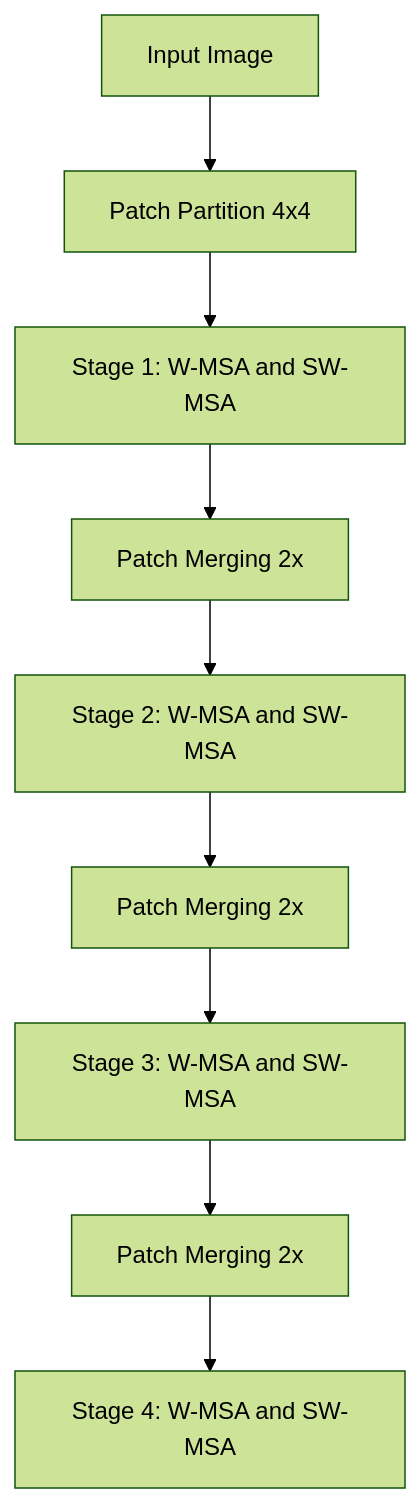
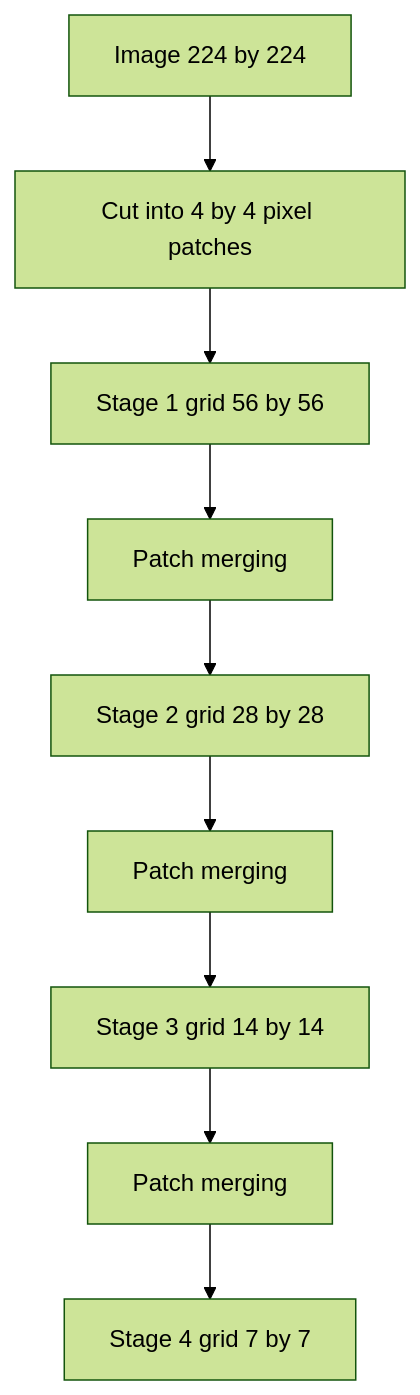
One commit to Tarunsai08/PaperStack changed the diagram in content/papers/swin-transformer-hierarchical-vision-transformer-using-shift.md. Above: the diagram before and after it, drawn with Mermaid (forest theme). The commit also changed other lines of this file and 14 other files, not shown here.

````diff
--- a/content/papers/swin-transformer-hierarchical-vision-transformer-using-shift.md
+++ b/content/papers/swin-transformer-hierarchical-vision-transformer-using-shift.md
@@ -132,11 +85,11 @@
 ```mermaid
 flowchart TD
-    Img[Input Image] --> PatchPart[Patch Partition 4x4]
-    PatchPart --> Stage1[Stage 1: W-MSA and SW-MSA]
-    Stage1 --> Merge1[Patch Merging 2x]
-    Merge1 --> Stage2[Stage 2: W-MSA and SW-MSA]
-    Merge2[Patch Merging 2x] --> Stage3[Stage 3: W-MSA and SW-MSA]
-    Stage2 --> Merge2
-    Stage3 --> Merge3[Patch Merging 2x]
-    Merge3 --> Stage4[Stage 4: W-MSA and SW-MSA]
+  A[Image 224 by 224] --> B[Cut into 4 by 4 pixel patches]
+  B --> C[Stage 1 grid 56 by 56]
+  C --> D[Patch merging]
+  D --> E[Stage 2 grid 28 by 28]
+  E --> F[Patch merging]
+  F --> G[Stage 3 grid 14 by 14]
+  G --> H[Patch merging]
+  H --> I[Stage 4 grid 7 by 7]
 ```
````
